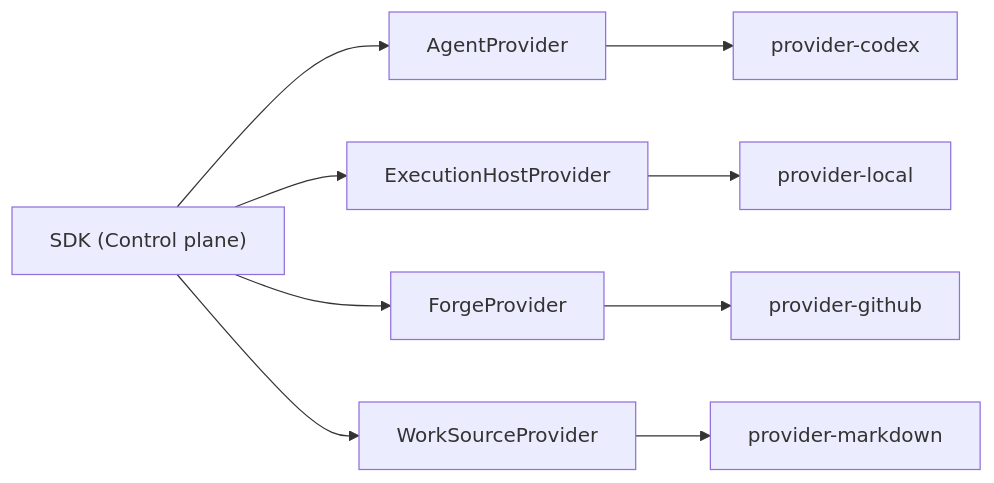
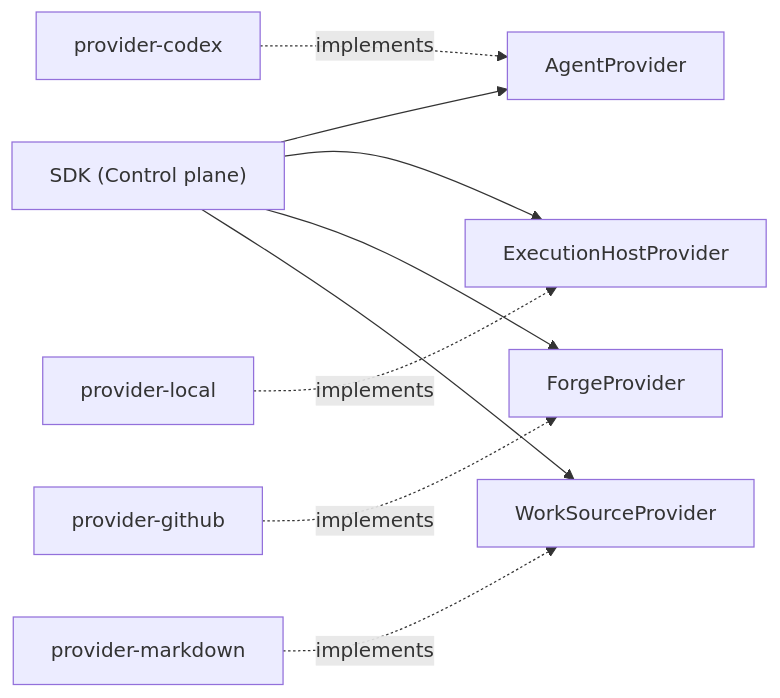
The diagram in docs/design/10-architecture/provider-seams.md (aryeko/agentic-workflow-kit), drawn with Mermaid before and after one commit. The commit also changed 14 other files, not shown here.

First line of the commit message:
docs: address review — launch order, diagram, layers, attestation, stale paths

````diff
--- a/docs/design/10-architecture/provider-seams.md
+++ b/docs/design/10-architecture/provider-seams.md
@@ -14,12 +14,12 @@
 ```mermaid
 flowchart LR
   SDK["SDK (Control plane)"] --> AG["AgentProvider"]
   SDK --> EH["ExecutionHostProvider"]
   SDK --> FG["ForgeProvider"]
   SDK --> WS["WorkSourceProvider"]
 
-  AG --> Codex["provider-codex"]
-  EH --> Local["provider-local"]
-  FG --> GitHub["provider-github"]
-  WS --> Markdown["provider-markdown"]
+  Codex["provider-codex"] -.implements.-> AG
+  Local["provider-local"] -.implements.-> EH
+  GitHub["provider-github"] -.implements.-> FG
+  Markdown["provider-markdown"] -.implements.-> WS
 ```
````
